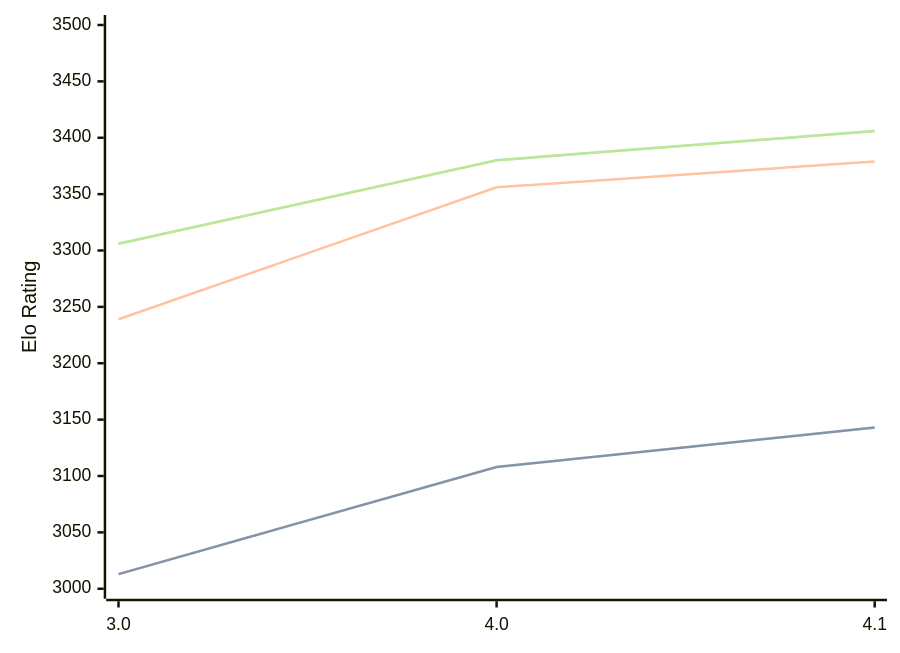
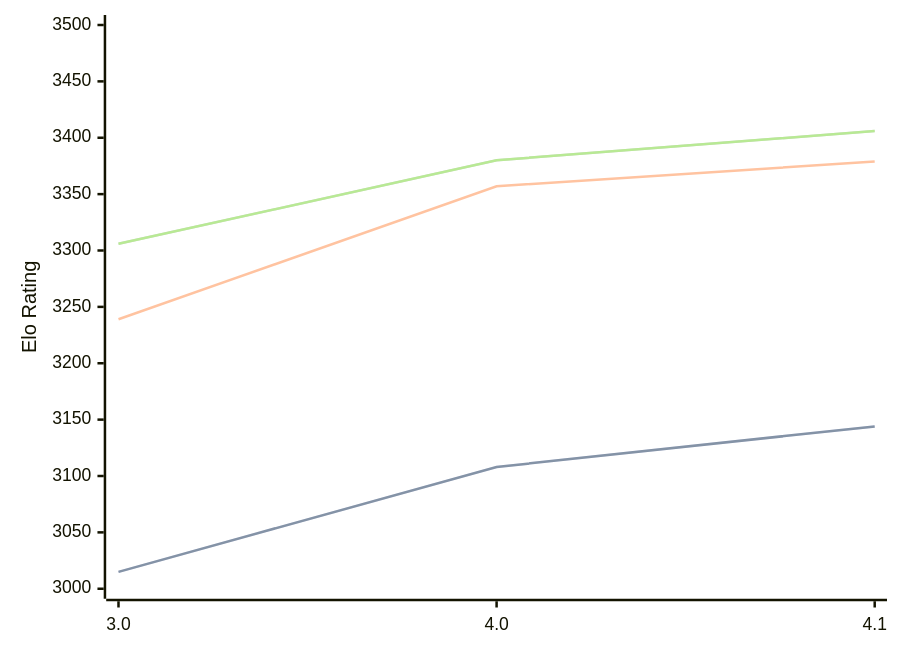
One commit to computer-chess-index/cci changed the third of 3 diagrams in engines/Eleanor.md. Above: the diagram before and after it, drawn with Mermaid. The commit also changed other lines of this file, not shown here.

````diff
--- a/engines/Eleanor.md
+++ b/engines/Eleanor.md
@@ -68,11 +68,11 @@
 ```mermaid
 %%{init: {"theme":"base","themeVariables":{"seriesColors:['#a3a3a3','#222221','#faa371']}}}%%
 xychart-beta
   x-axis ["3.0", "4.0", "4.1"]
   y-axis "Elo Rating" 3000 --> 3500
-  line "STC (8.0+0.08s)" [3013, 3108, 3143]
-  line "STC (8.0+0.08s)" [3013, 3108, 3143]
-  line "LTC (60.0+0.60s)" [3239, 3356, 3379]
+  line "STC (8.0+0.08s)" [3015, 3108, 3144]
+  line "STC (8.0+0.08s)" [3015, 3108, 3144]
+  line "LTC (60.0+0.60s)" [3239, 3357, 3379]
   line "VLTC (2m24s+1.12s)" [3306, 3380, 3406]
   line "VLTC (2m24s+1.12s)" [3306, 3380, 3406]
 ```
````
